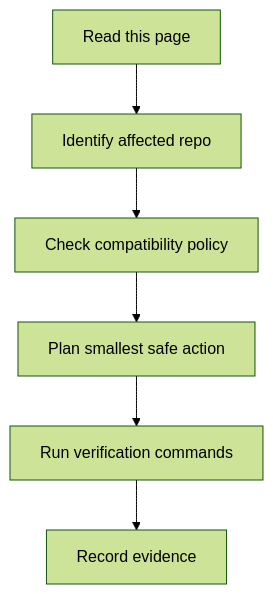
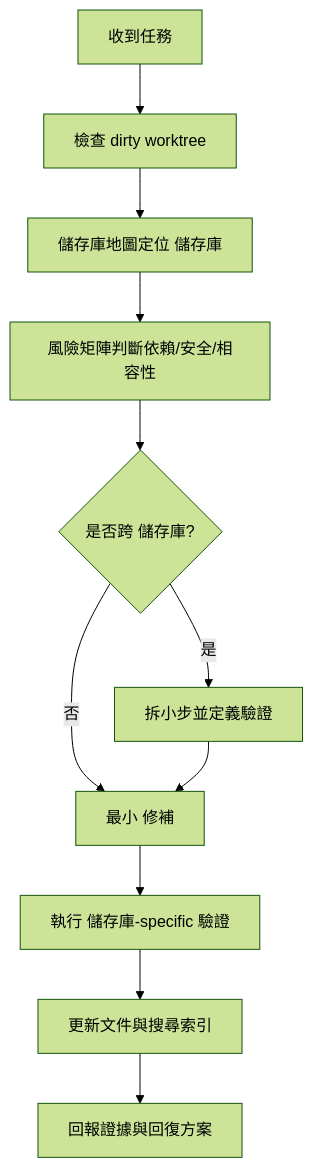
Before and after one commit to chen21019/cattle-handbook: the diagram in docs-site/src/content/docs/getting-started/for-ai-agents.md, drawn with Mermaid (forest theme). The commit also changed other lines of this file and 201 other files, not shown here.

````diff
--- a/docs-site/src/content/docs/getting-started/for-ai-agents.md
+++ b/docs-site/src/content/docs/getting-started/for-ai-agents.md
@@ -89,8 +71,13 @@
 ```mermaid
 flowchart TD
-  A[Read this page] --> B[Identify affected repo]
-  B --> C[Check compatibility policy]
-  C --> D[Plan smallest safe action]
-  D --> E[Run verification commands]
-  E --> F[Record evidence]
+  A[收到任務] --> B[檢查 dirty worktree]
+  B --> C[儲存庫地圖定位 儲存庫]
+  C --> D[風險矩陣判斷依賴/安全/相容性]
+  D --> E{是否跨 儲存庫?}
+  E -- 是 --> F[拆小步並定義驗證]
+  E -- 否 --> G[最小 修補]
+  F --> G
+  G --> H[執行 儲存庫-specific 驗證]
+  H --> I[更新文件與搜尋索引]
+  I --> J[回報證據與回復方案]
 ```
````
